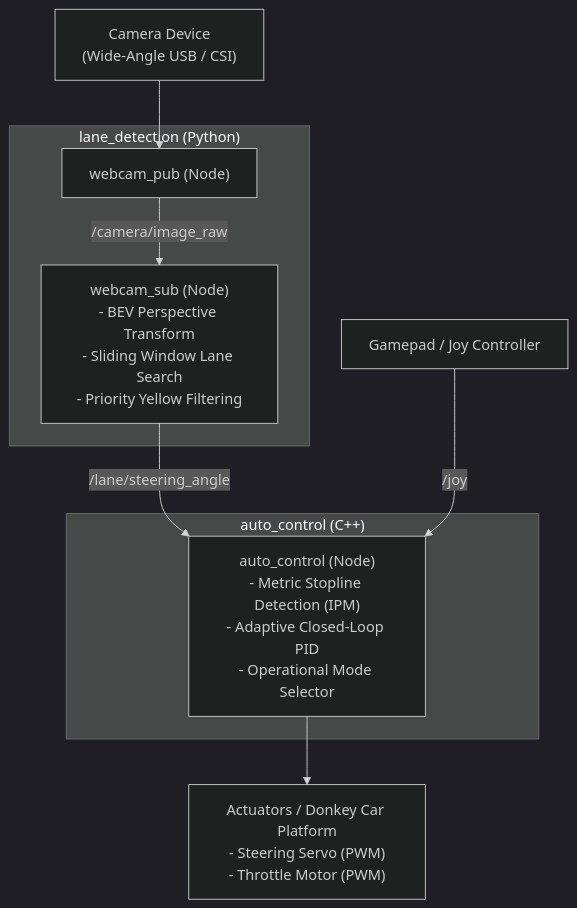
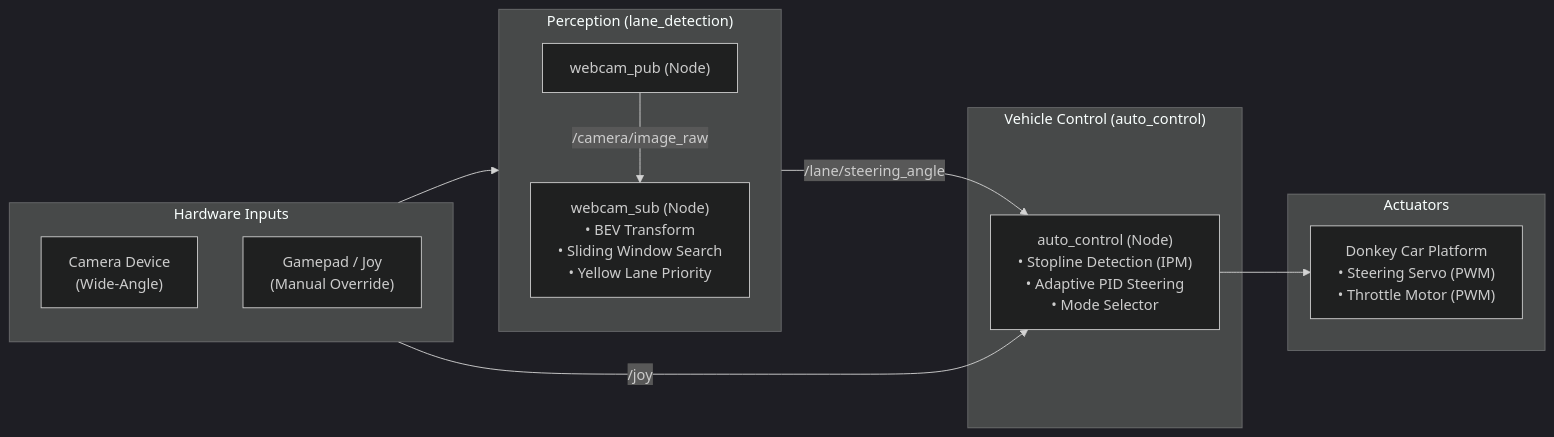
Before and after one commit to 1daymore/2025-seame-hackathon: the first of 2 diagrams in README.md, drawn with Mermaid (dark theme). The commit also changed other lines of this file, not shown here.

Commit message:
docs: adjust architecture and state machine diagrams to horizontal layout

````diff
--- a/README.md
+++ b/README.md
@@ -21,22 +21,28 @@
 ```mermaid
-flowchart TD
-    Camera["Camera Device<br/>(Wide-Angle USB / CSI)"]
-    Joy["Gamepad / Joy Controller"]
-
-    subgraph Perception ["lane_detection (Python)"]
-        Pub["webcam_pub (Node)"]
-        Sub["webcam_sub (Node)<br/>- BEV Perspective Transform<br/>- Sliding Window Lane Search<br/>- Priority Yellow Filtering"]
+flowchart LR
+    subgraph Inputs ["Hardware Inputs"]
+        direction TB
+        Camera["Camera Device<br/>(Wide-Angle)"]
+        Joy["Gamepad / Joy<br/>(Manual Override)"]
     end
 
-    subgraph Control ["auto_control (C++)"]
-        AutoControl["auto_control (Node)<br/>- Metric Stopline Detection (IPM)<br/>- Adaptive Closed-Loop PID<br/>- Operational Mode Selector"]
+    subgraph Perception ["Perception (lane_detection)"]
+        direction TB
+        Pub["webcam_pub (Node)"]
+        Sub["webcam_sub (Node)<br/>• BEV Transform<br/>• Sliding Window Search<br/>• Yellow Lane Priority"]
+        Pub -->|/camera/image_raw| Sub
     end
 
-    Actuator["Actuators / Donkey Car Platform<br/>- Steering Servo (PWM)<br/>- Throttle Motor (PWM)"]
+    subgraph Control ["Vehicle Control (auto_control)"]
+        AutoControl["auto_control (Node)<br/>• Stopline Detection (IPM)<br/>• Adaptive PID Steering<br/>• Mode Selector"]
+    end
+
+    subgraph Actuation ["Actuators"]
+        Actuator["Donkey Car Platform<br/>• Steering Servo (PWM)<br/>• Throttle Motor (PWM)"]
+    end
 
     Camera --> Pub
-    Pub -->|/camera/image_raw| Sub
     Sub -->|/lane/steering_angle| AutoControl
     Joy -->|/joy| AutoControl
     AutoControl --> Actuator
 ```
````
